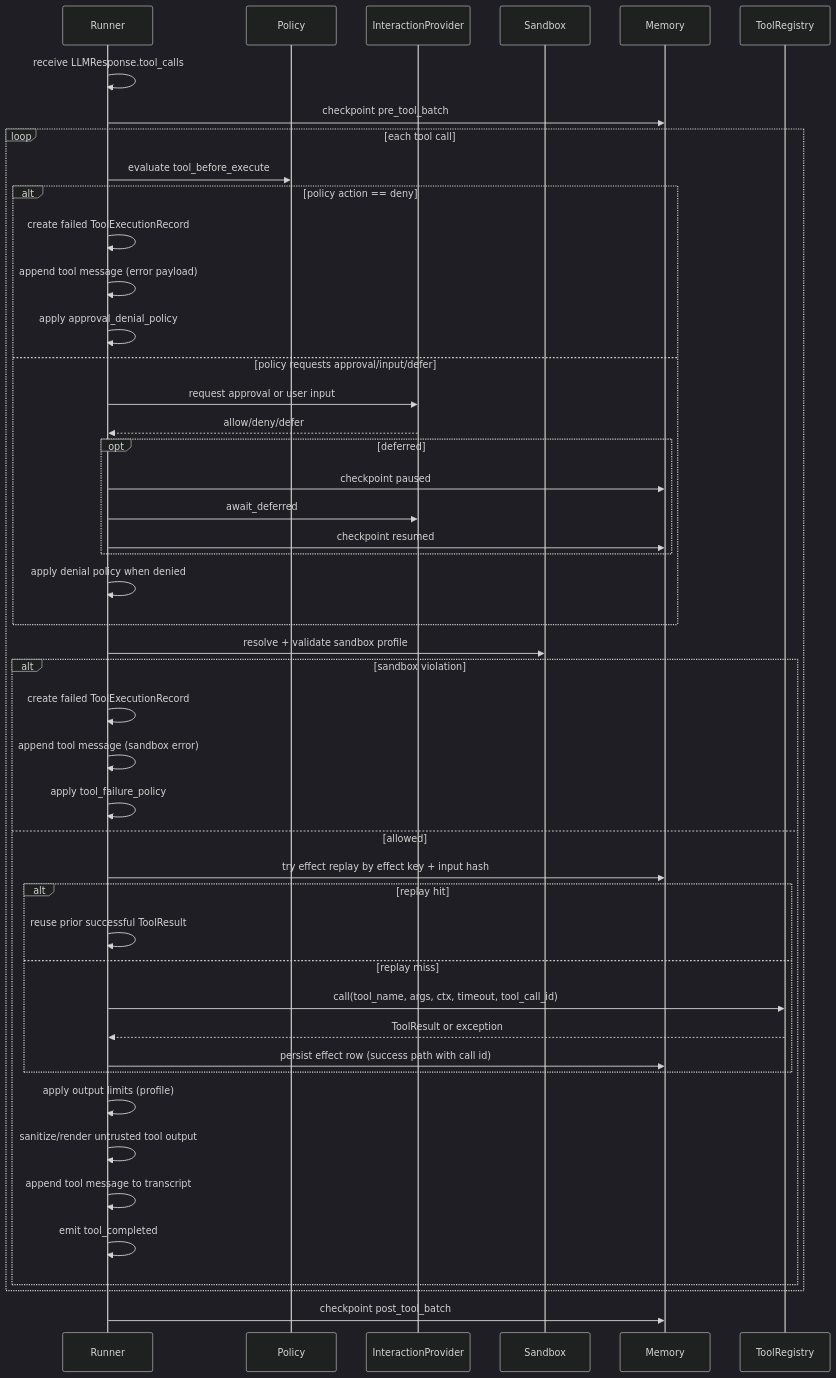
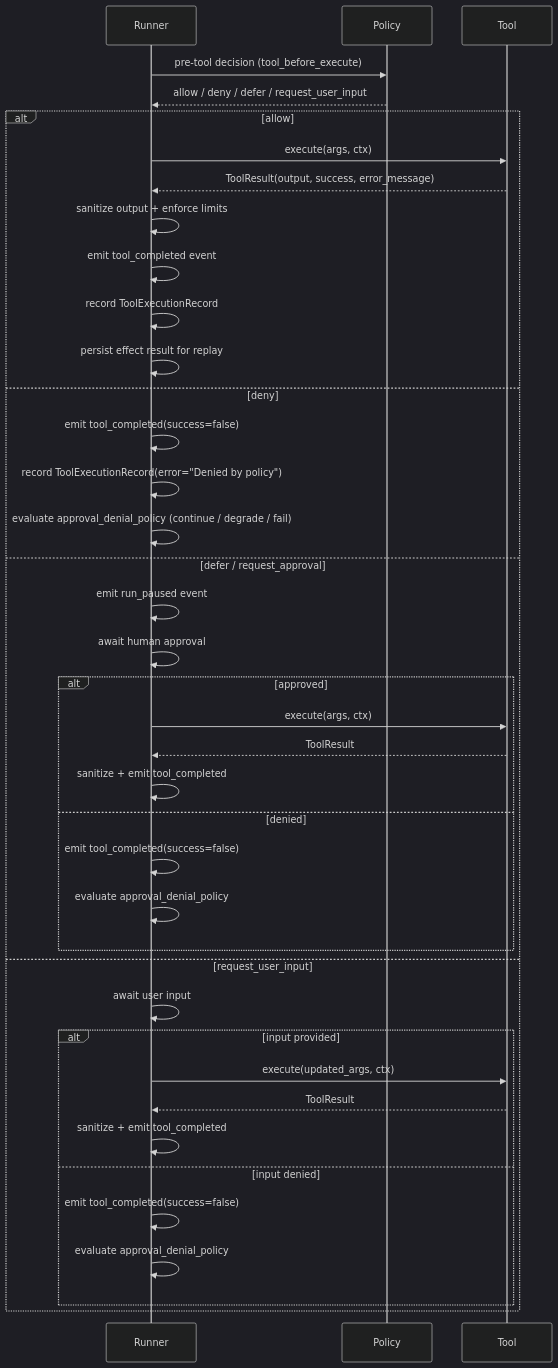
The diagram in docs/library/tool-call-lifecycle.mdx (Luseefor/afk), drawn with Mermaid (dark theme) before and after one commit. The commit also changed other lines of this file and 133 other files, not shown here.

````diff
--- a/docs/library/tool-call-lifecycle.mdx
+++ b/docs/library/tool-call-lifecycle.mdx
@@ -38,54 +20,42 @@
 ```mermaid
 sequenceDiagram
     participant Runner
     participant Policy
-    participant HITL as InteractionProvider
-    participant Sandbox
-    participant Memory
-    participant Registry as ToolRegistry
+    participant Tool
 
-    Runner->>Runner: receive LLMResponse.tool_calls
-    Runner->>Memory: checkpoint pre_tool_batch
-
-    loop each tool call
-        Runner->>Policy: evaluate tool_before_execute
-
-        alt policy action == deny
-            Runner->>Runner: create failed ToolExecutionRecord
-            Runner->>Runner: append tool message (error payload)
-            Runner->>Runner: apply approval_denial_policy
-        else policy requests approval/input/defer
-            Runner->>HITL: request approval or user input
-            HITL-->>Runner: allow/deny/defer
-            opt deferred
-                Runner->>Memory: checkpoint paused
-                Runner->>HITL: await_deferred
-                Runner->>Memory: checkpoint resumed
-            end
-            Runner->>Runner: apply denial policy when denied
-        end
-
-        Runner->>Sandbox: resolve + validate sandbox profile
-        alt sandbox violation
-            Runner->>Runner: create failed ToolExecutionRecord
-            Runner->>Runner: append tool message (sandbox error)
-            Runner->>Runner: apply tool_failure_policy
-        else allowed
-            Runner->>Memory: try effect replay by effect key + input hash
-            alt replay hit
-                Runner->>Runner: reuse prior successful ToolResult
-            else replay miss
-                Runner->>Registry: call(tool_name, args, ctx, timeout, tool_call_id)
-                Registry-->>Runner: ToolResult or exception
-                Runner->>Memory: persist effect row (success path with call id)
-            end
-
-            Runner->>Runner: apply output limits (profile)
-            Runner->>Runner: sanitize/render untrusted tool output
-            Runner->>Runner: append tool message to transcript
-            Runner->>Runner: emit tool_completed
-        end
+    Runner->>Policy: pre-tool decision (tool_before_execute)
+    Policy-->>Runner: allow / deny / defer / request_user_input
+    alt allow
+      Runner->>Tool: execute(args, ctx)
+      Tool-->>Runner: ToolResult(output, success, error_message)
+      Runner->>Runner: sanitize output + enforce limits
+      Runner->>Runner: emit tool_completed event
+      Runner->>Runner: record ToolExecutionRecord
+      Runner->>Runner: persist effect result for replay
+    else deny
+      Runner->>Runner: emit tool_completed(success=false)
+      Runner->>Runner: record ToolExecutionRecord(error="Denied by policy")
+      Runner->>Runner: evaluate approval_denial_policy (continue / degrade / fail)
+    else defer / request_approval
+      Runner->>Runner: emit run_paused event
+      Runner->>Runner: await human approval
+      alt approved
+        Runner->>Tool: execute(args, ctx)
+        Tool-->>Runner: ToolResult
+        Runner->>Runner: sanitize + emit tool_completed
+      else denied
+        Runner->>Runner: emit tool_completed(success=false)
+        Runner->>Runner: evaluate approval_denial_policy
+      end
+    else request_user_input
+      Runner->>Runner: await user input
+      alt input provided
+        Runner->>Tool: execute(updated_args, ctx)
+        Tool-->>Runner: ToolResult
+        Runner->>Runner: sanitize + emit tool_completed
+      else input denied
+        Runner->>Runner: emit tool_completed(success=false)
+        Runner->>Runner: evaluate approval_denial_policy
+      end
     end
-
-    Runner->>Memory: checkpoint post_tool_batch
 ```
````
